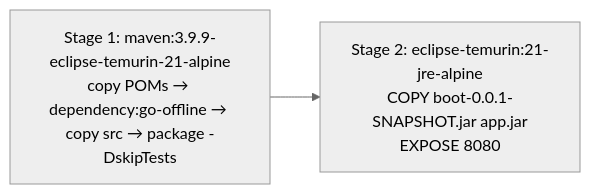
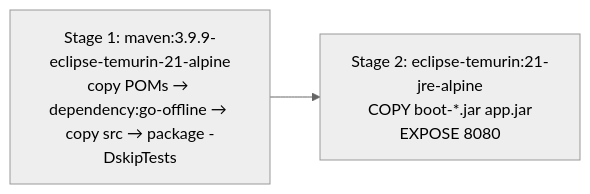
The diagram in lode/build/summary.md (stanislavhi/skeletoni), drawn with Mermaid (neutral theme) before and after one commit. The commit also changed 6 other files, not shown here.

````diff
--- a/lode/build/summary.md
+++ b/lode/build/summary.md
@@ -47,6 +47,6 @@
 ```mermaid
 flowchart LR
   S1["Stage 1: maven:3.9.9-eclipse-temurin-21-alpine<br/>copy POMs → dependency:go-offline → copy src → package -DskipTests"]
-  S2["Stage 2: eclipse-temurin:21-jre-alpine<br/>COPY boot-0.0.1-SNAPSHOT.jar app.jar<br/>EXPOSE 8080"]
+  S2["Stage 2: eclipse-temurin:21-jre-alpine<br/>COPY boot-*.jar app.jar<br/>EXPOSE 8080"]
   S1 --> S2
 ```
````
